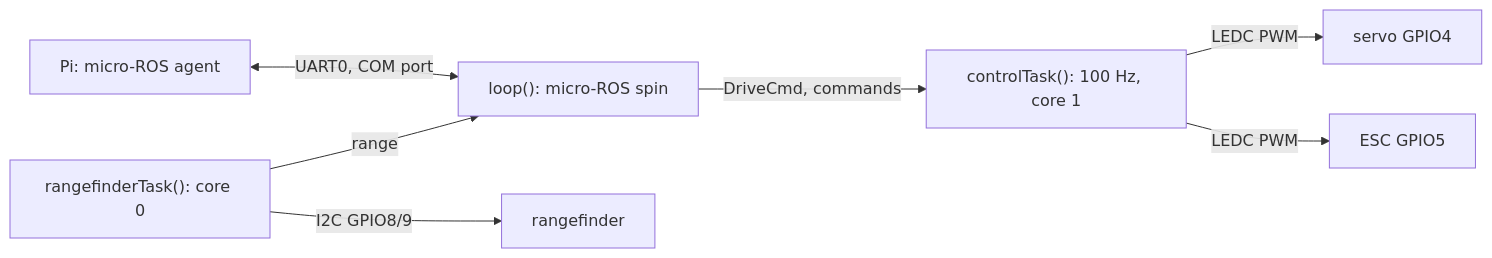
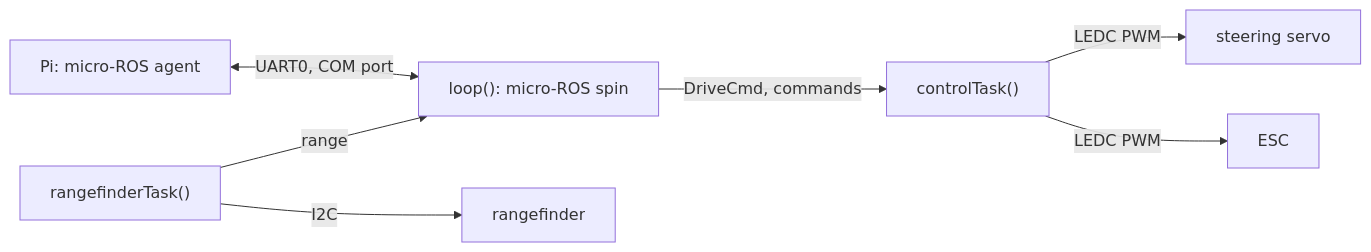
The diagram in firmware/README.md (gvo27/racecar), drawn with Mermaid before and after one commit. The commit also changed 14 other files, not shown here.

````diff
--- a/firmware/README.md
+++ b/firmware/README.md
@@ -5,8 +5,8 @@
 ```mermaid
 flowchart LR
   pi[Pi: micro-ROS agent] <-- UART0, COM port --> loop["loop(): micro-ROS spin"]
-  loop -- DriveCmd, commands --> control["controlTask(): 100 Hz, core 1"]
-  control -- LEDC PWM --> servo[servo GPIO4] & esc[ESC GPIO5]
-  rf["rangefinderTask(): core 0"] -- I2C GPIO8/9 --> lidarlite[rangefinder]
+  loop -- DriveCmd, commands --> control["controlTask()"]
+  control -- LEDC PWM --> servo[steering servo] & esc[ESC]
+  rf["rangefinderTask()"] -- I2C --> lidarlite[rangefinder]
   rf -- range --> loop
 ```
````
